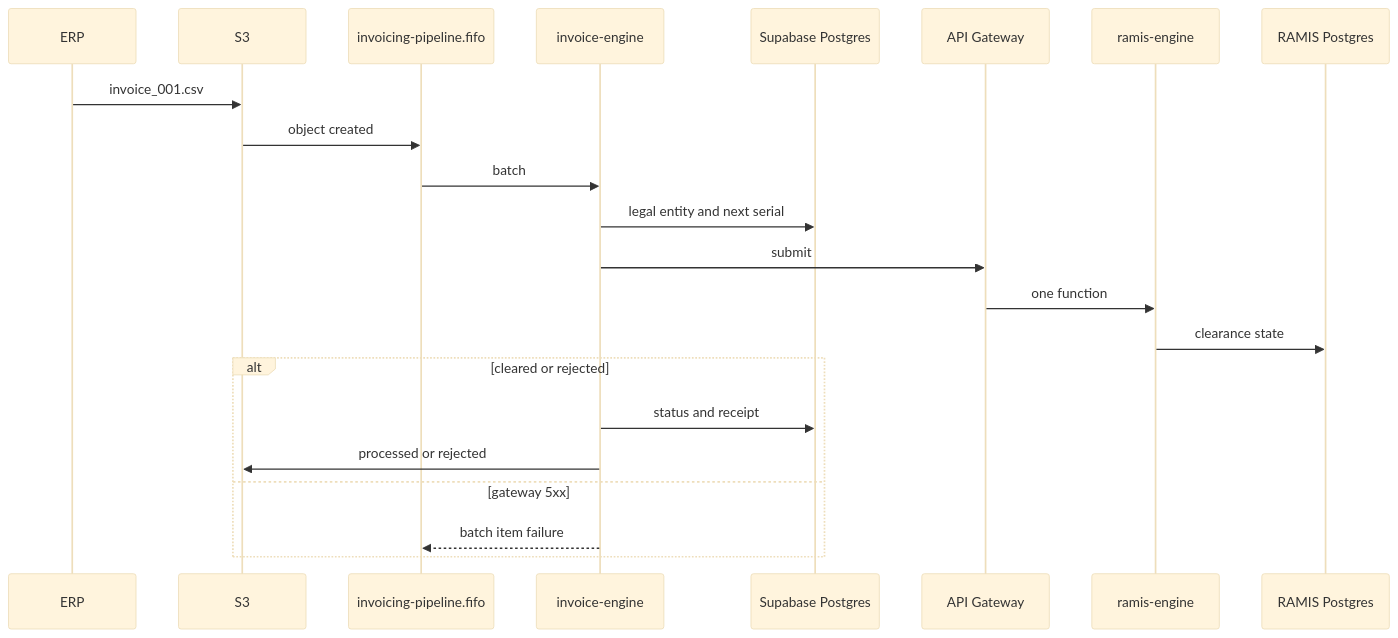
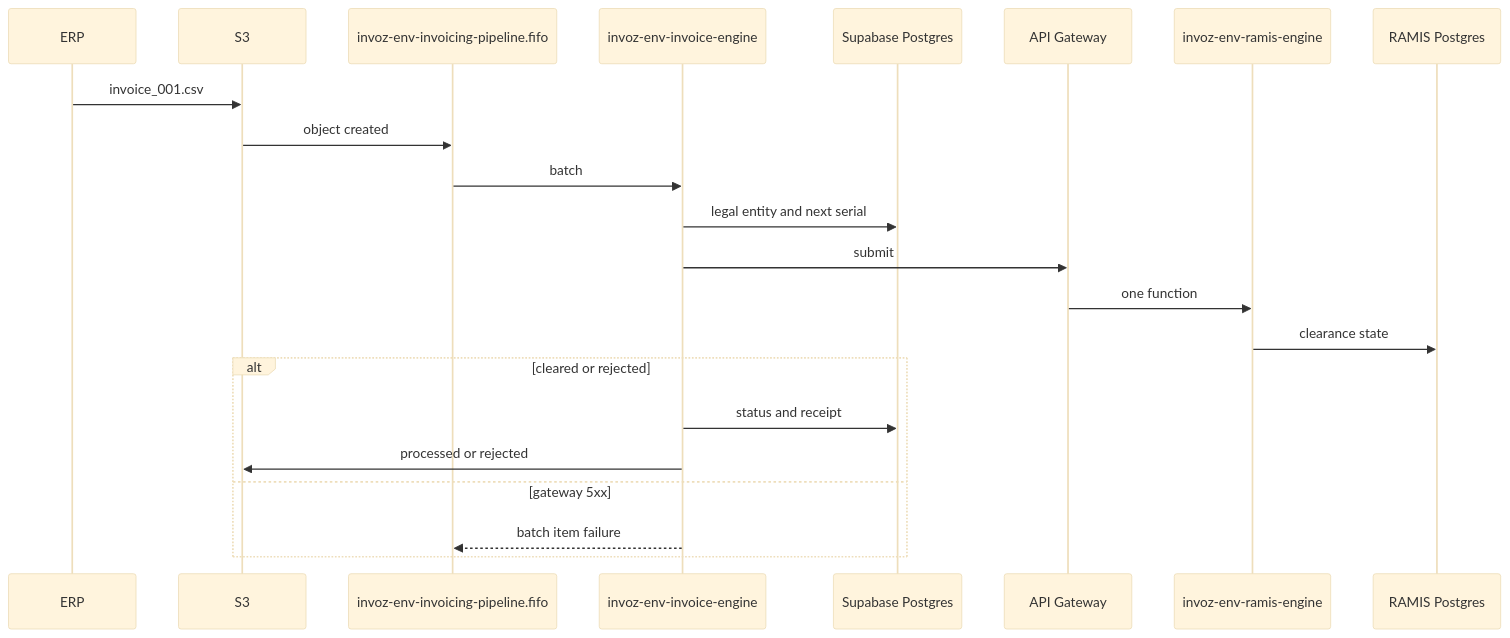
The second of 2 diagrams in docs/architecture.md (bumuthu/invoz), drawn with Mermaid (base theme) before and after one commit. The commit also changed other lines of this file and 10 other files, not shown here.

````diff
--- a/docs/architecture.md
+++ b/docs/architecture.md
@@ -79,25 +79,25 @@
 ```mermaid
 sequenceDiagram
   participant ERP
   participant S3
-  participant FIFO as invoicing-pipeline.fifo
-  participant Lambda as invoice-engine
+  participant FIFO as invoz-env-invoicing-pipeline.fifo
+  participant Lambda as invoz-env-invoice-engine
   participant DB as Supabase Postgres
   participant API as API Gateway
-  participant Engine as ramis-engine
+  participant Engine as invoz-env-ramis-engine
   participant RAMIS as RAMIS Postgres
 
   ERP->>S3: invoice_001.csv
   S3->>FIFO: object created
   FIFO->>Lambda: batch
   Lambda->>DB: legal entity and next serial
   Lambda->>API: submit
   API->>Engine: one function
   Engine->>RAMIS: clearance state
   alt cleared or rejected
     Lambda->>DB: status and receipt
     Lambda->>S3: processed or rejected
   else gateway 5xx
     Lambda-->>FIFO: batch item failure
   end
 ```
````
